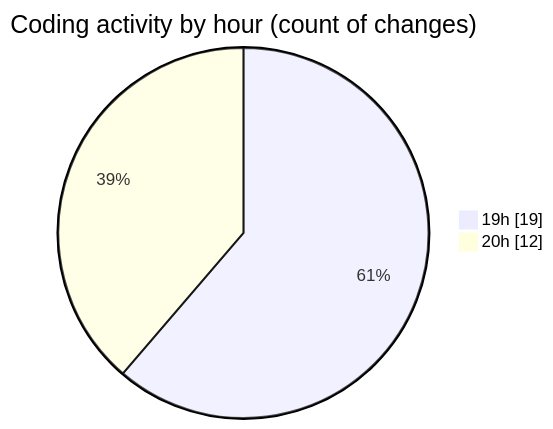
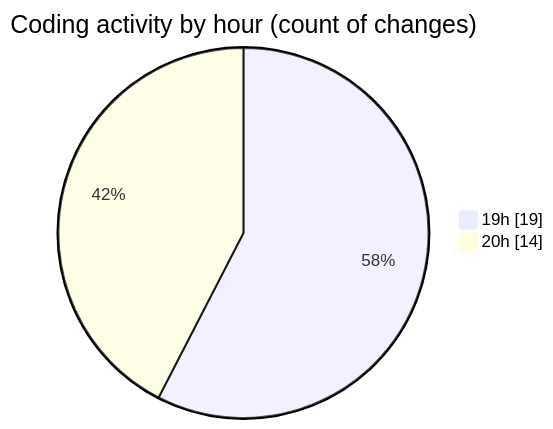
The second of 2 diagrams in 2025-05-12/news-clock-system-caspercg/README.md (momahboobian/code-tracking), drawn with Mermaid before and after one commit. The commit also changed other lines of this file and 1 other file, not shown here.

````diff
--- a/2025-05-12/news-clock-system-caspercg/README.md
+++ b/2025-05-12/news-clock-system-caspercg/README.md
@@ -35,6 +35,6 @@
 ```mermaid
 pie showData
 title Coding activity by hour (count of changes)
 "19h" : 19
-"20h" : 12
+"20h" : 14
 ```
````
